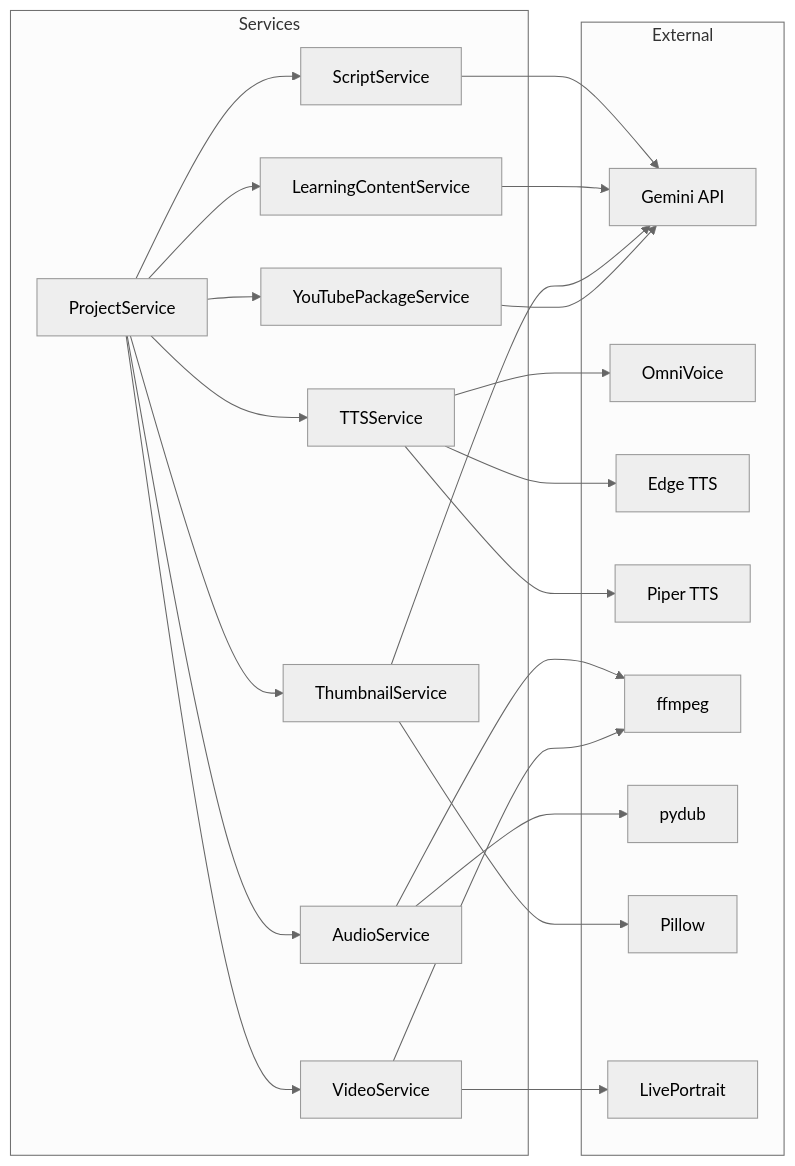
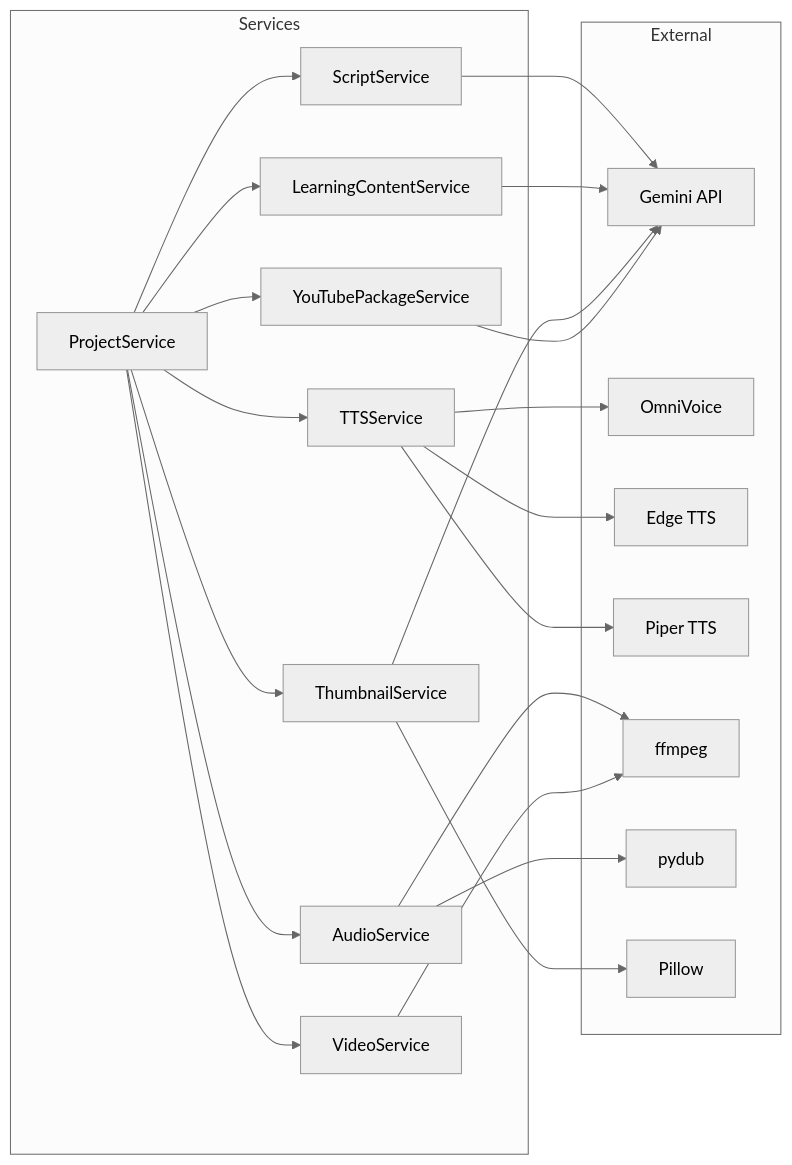
The diagram in .viepilot/architecture/module-dependencies.mermaid (danghoangsqtt-sys/dailyintelenglish), drawn with Mermaid (neutral theme) before and after one commit. The commit also changed 25 other files, not shown here.

```diff
--- a/.viepilot/architecture/module-dependencies.mermaid
+++ b/.viepilot/architecture/module-dependencies.mermaid
@@ -1,31 +1,30 @@
 graph LR
     subgraph Services
         SS[ScriptService]
         LCS[LearningContentService]
         TS[TTSService]
         AS[AudioService]
         VS[VideoService]
         THS[ThumbnailService]
         YTS[YouTubePackageService]
         PS[ProjectService]
     end
 
     subgraph External
         GEM[Gemini API]
         OV[OmniVoice]
         ET[Edge TTS]
         PT[Piper TTS]
         FF[ffmpeg]
         PD[pydub]
         PI[Pillow]
-        LP[LivePortrait]
     end
 
     SS --> GEM
     LCS --> GEM
     TS --> OV & ET & PT
     AS --> FF & PD
-    VS --> FF & LP
+    VS --> FF
     THS --> GEM & PI
     YTS --> GEM
     PS --> SS & LCS & TS & AS & VS & THS & YTS
```
